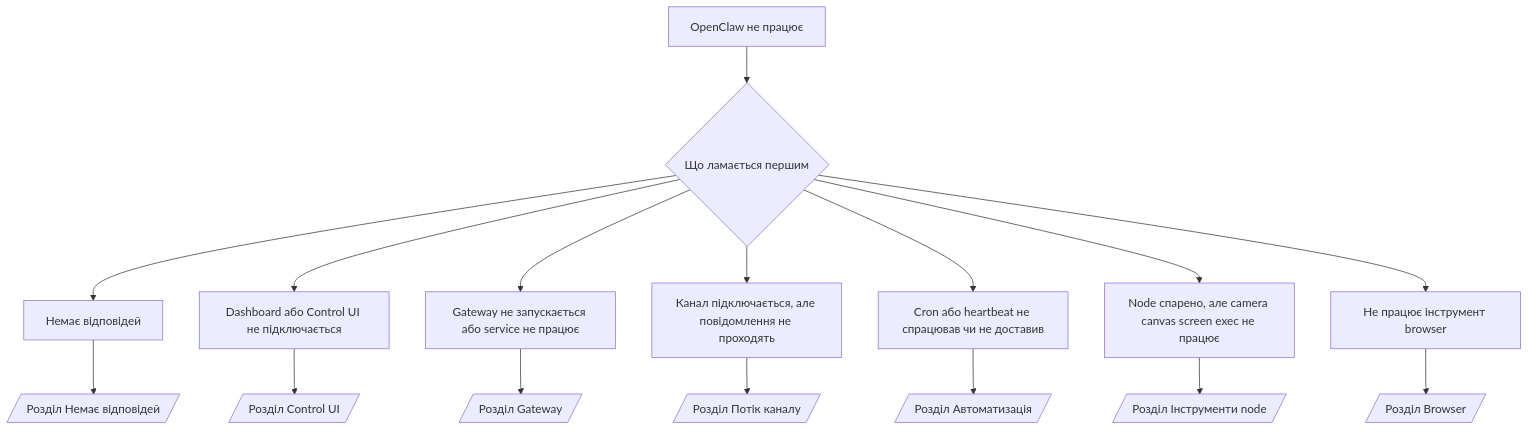
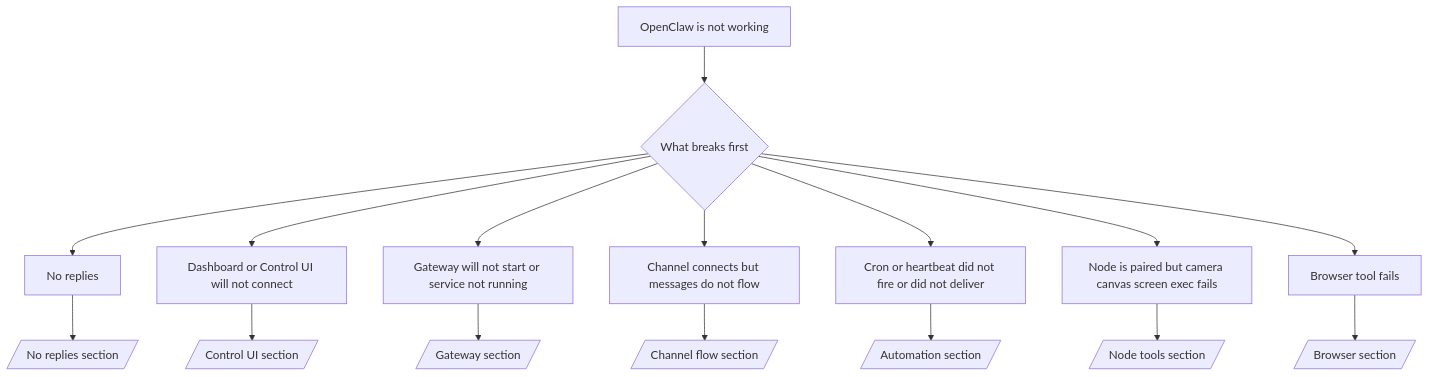
Before and after one commit to daichangya/openclaw-docs: the diagram in docs/uk/help/troubleshooting.md, drawn with Mermaid. The commit also changed other lines of this file and 5 other files, not shown here.

````diff
--- a/docs/uk/help/troubleshooting.md
+++ b/docs/uk/help/troubleshooting.md
@@ -79,19 +92,19 @@
 ```mermaid
 flowchart TD
-  A[OpenClaw не працює] --> B{Що ламається першим}
-  B --> C[Немає відповідей]
-  B --> D[Dashboard або Control UI не підключається]
-  B --> E[Gateway не запускається або service не працює]
-  B --> F[Канал підключається, але повідомлення не проходять]
-  B --> G[Cron або heartbeat не спрацював чи не доставив]
-  B --> H[Node спарено, але camera canvas screen exec не працює]
-  B --> I[Не працює інструмент browser]
+  A[OpenClaw is not working] --> B{What breaks first}
+  B --> C[No replies]
+  B --> D[Dashboard or Control UI will not connect]
+  B --> E[Gateway will not start or service not running]
+  B --> F[Channel connects but messages do not flow]
+  B --> G[Cron or heartbeat did not fire or did not deliver]
+  B --> H[Node is paired but camera canvas screen exec fails]
+  B --> I[Browser tool fails]
 
-  C --> C1[/Розділ Немає відповідей/]
-  D --> D1[/Розділ Control UI/]
-  E --> E1[/Розділ Gateway/]
-  F --> F1[/Розділ Потік каналу/]
-  G --> G1[/Розділ Автоматизація/]
-  H --> H1[/Розділ Інструменти node/]
-  I --> I1[/Розділ Browser/]
+  C --> C1[/No replies section/]
+  D --> D1[/Control UI section/]
+  E --> E1[/Gateway section/]
+  F --> F1[/Channel flow section/]
+  G --> G1[/Automation section/]
+  H --> H1[/Node tools section/]
+  I --> I1[/Browser section/]
 ```
````
